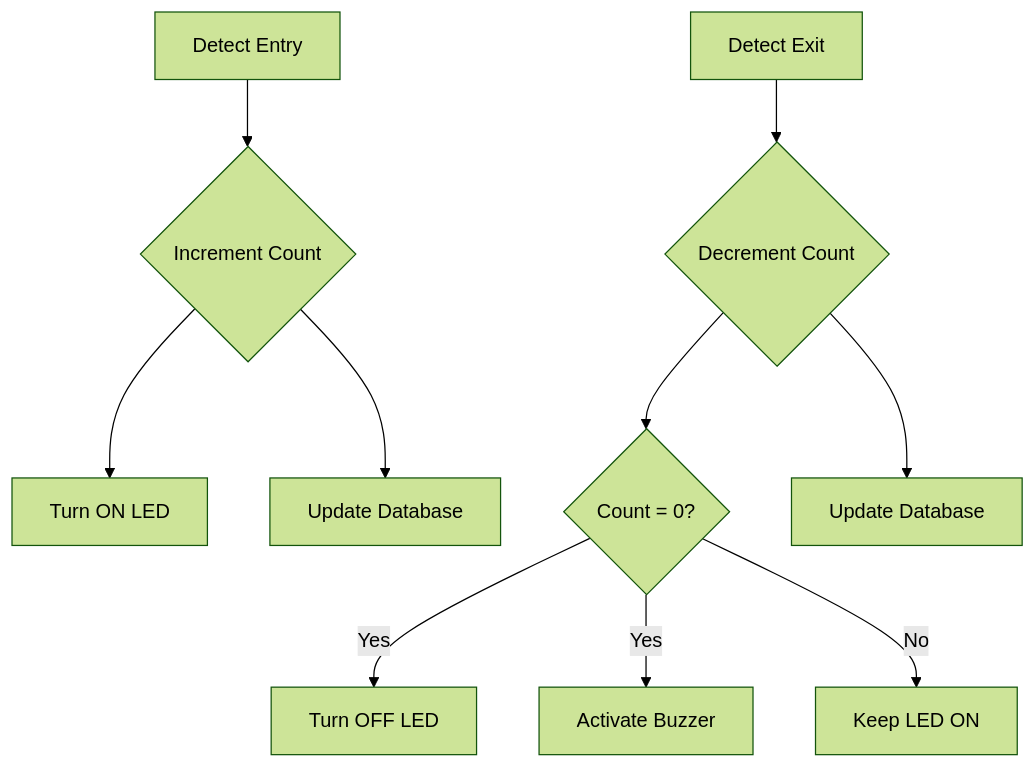
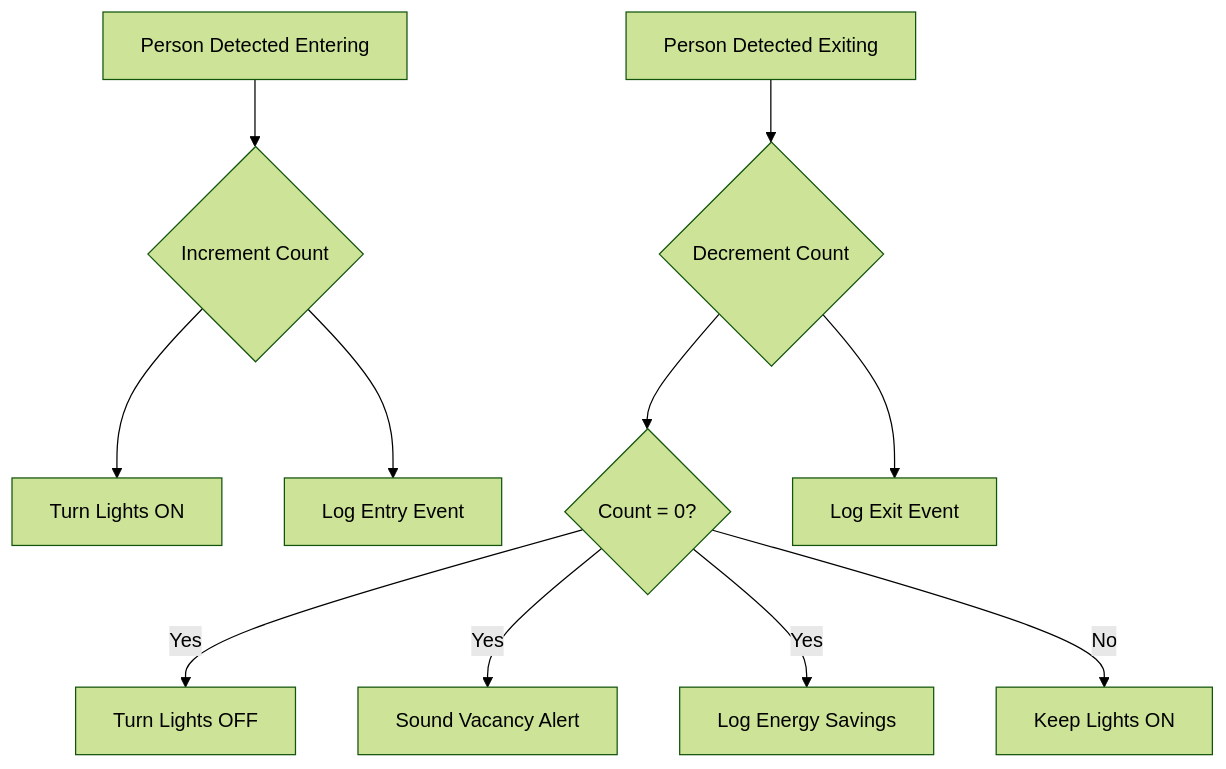
The fourth of 4 diagrams in README.md (Red-misst/pir-sensor), drawn with Mermaid (forest theme) before and after one commit. The commit also changed other lines of this file and 2 other files, not shown here.

````diff
--- a/README.md
+++ b/README.md
@@ -249,13 +261,14 @@
 ```mermaid
 flowchart TD
-    A[Detect Entry] --> B{Increment Count}
-    B --> C[Turn ON LED]
-    B --> D[Update Database]
+    A[Person Detected Entering] --> B{Increment Count}
+    B --> C[Turn Lights ON]
+    B --> D[Log Entry Event]
     
-    E[Detect Exit] --> F{Decrement Count}
+    E[Person Detected Exiting] --> F{Decrement Count}
     F --> G{Count = 0?}
-    G -- Yes --> H[Turn OFF LED]
-    G -- Yes --> I[Activate Buzzer]
-    G -- No --> J[Keep LED ON]
-    F --> K[Update Database]
+    G -- Yes --> H[Turn Lights OFF]
+    G -- Yes --> I[Sound Vacancy Alert]
+    G -- Yes --> J[Log Energy Savings]
+    G -- No --> K[Keep Lights ON]
+    F --> L[Log Exit Event]
 ```
````
